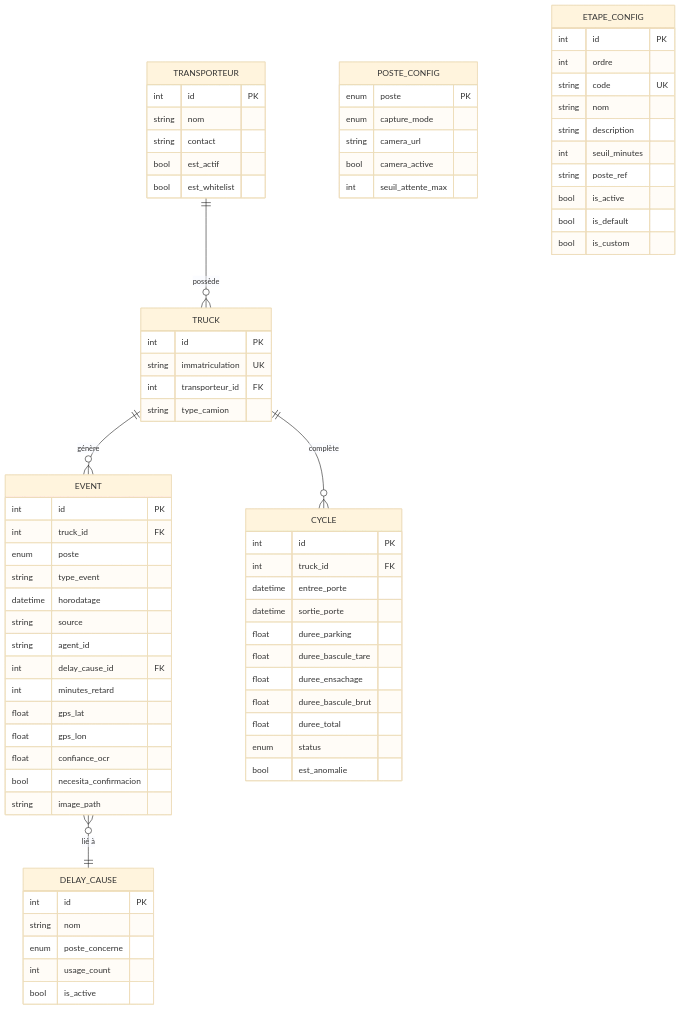
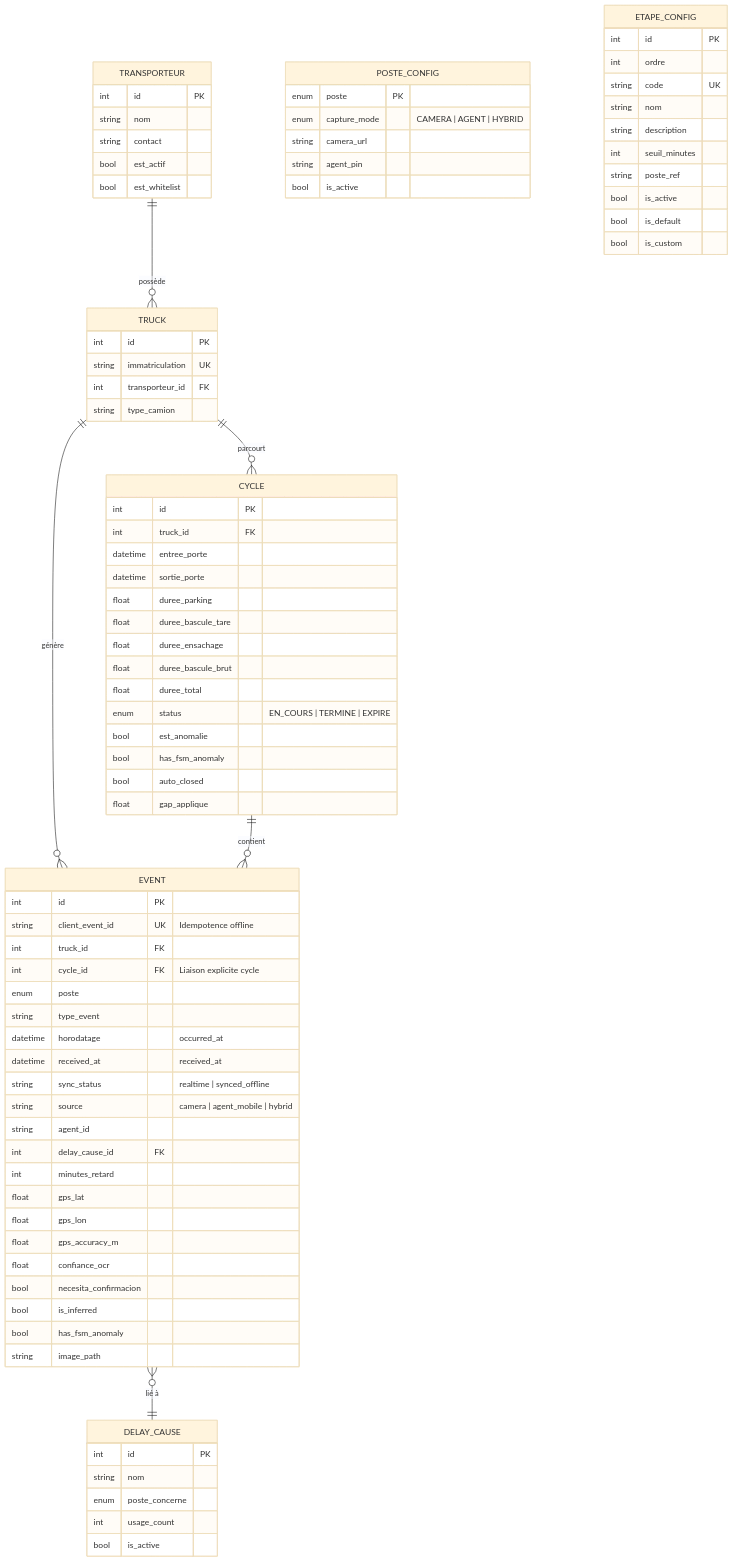
The fifth of 5 diagrams in README.md (samya818/smart-plant-truck-tracker), drawn with Mermaid (base theme) before and after one commit. The commit also changed other lines of this file, not shown here.

Commit message:
docs: update Mermaid diagrams (Sequence, FSM state diagram, ERD with cycle_id) and document 7 industrial robustness invariants

````diff
--- a/README.md
+++ b/README.md
@@ -298,18 +326,25 @@
 
     EVENT {
         int id PK
+        string client_event_id UK "Idempotence offline"
         int truck_id FK
+        int cycle_id FK "Liaison explicite cycle"
         enum poste
         string type_event
-        datetime horodatage
-        string source
+        datetime horodatage "occurred_at"
+        datetime received_at "received_at"
+        string sync_status "realtime | synced_offline"
+        string source "camera | agent_mobile | hybrid"
         string agent_id
         int delay_cause_id FK
         int minutes_retard
         float gps_lat
         float gps_lon
+        float gps_accuracy_m
         float confiance_ocr
         bool necesita_confirmacion
+        bool is_inferred
+        bool has_fsm_anomaly
         string image_path
     }
 
@@ -323,8 +358,11 @@
         float duree_ensachage
         float duree_bascule_brut
         float duree_total
-        enum status
+        enum status "EN_COURS | TERMINE | EXPIRE"
         bool est_anomalie
+        bool has_fsm_anomaly
+        bool auto_closed
+        float gap_applique
     }
 
     DELAY_CAUSE {
@@ -337,10 +375,10 @@
 
     POSTE_CONFIG {
         enum poste PK
-        enum capture_mode
+        enum capture_mode "CAMERA | AGENT | HYBRID"
         string camera_url
-        bool camera_active
-        int seuil_attente_max
+        string agent_pin
+        bool is_active
     }
 
     ETAPE_CONFIG {
@@ -358,6 +396,7 @@
 
     TRANSPORTEUR ||--o{ TRUCK : "possède"
     TRUCK ||--o{ EVENT : "génère"
-    TRUCK ||--o{ CYCLE : "complète"
+    TRUCK ||--o{ CYCLE : "parcourt"
+    CYCLE ||--o{ EVENT : "contient"
     EVENT }o--|| DELAY_CAUSE : "lié à"
 ```
````
